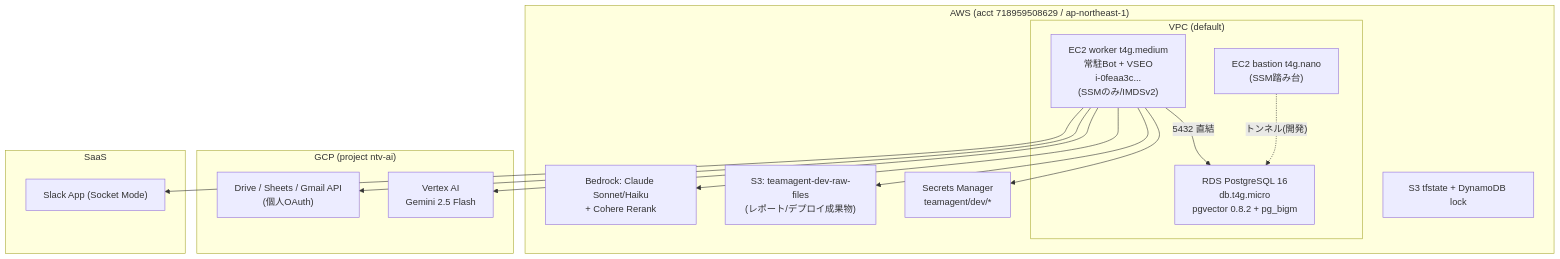
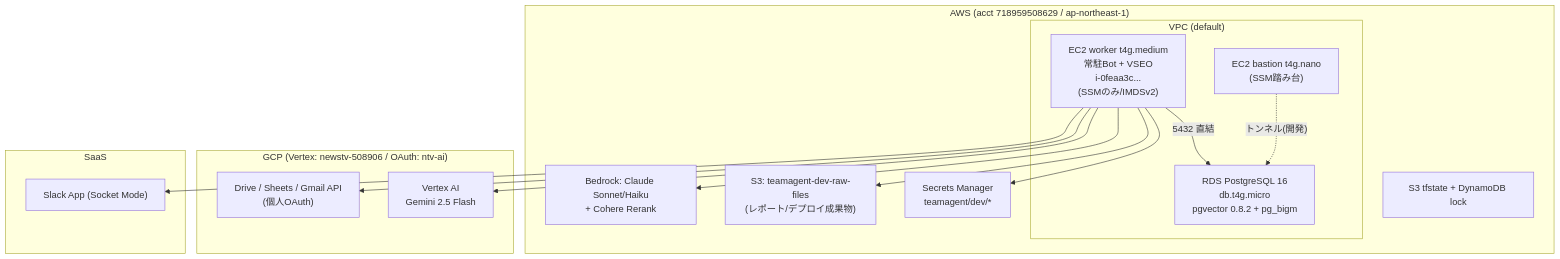
One commit to noirelumiere00/TeamAgent changed the fifth of 7 diagrams in docs/v3.2/architecture_and_flows.md. Above: the diagram before and after it, drawn with Mermaid. The commit also changed 3 other files, not shown here.

First line of the commit message:
chore(infra): Gemini の GCP プロジェクト既定値を個人課金の ntv-ai から会社の newstv-508906 へ

````diff
--- a/docs/v3.2/architecture_and_flows.md
+++ b/docs/v3.2/architecture_and_flows.md
@@ -140,25 +140,25 @@
 ```mermaid
 flowchart TB
     subgraph AWS["AWS (acct 718959508629 / ap-northeast-1)"]
         subgraph vpc["VPC (default)"]
             worker["EC2 worker t4g.medium<br/>常駐Bot + VSEO<br/>i-0feaa3c...<br/>(SSMのみ/IMDSv2)"]
             bastion["EC2 bastion t4g.nano<br/>(SSM踏み台)"]
             rds["RDS PostgreSQL 16<br/>db.t4g.micro<br/>pgvector 0.8.2 + pg_bigm"]
             worker -->|"5432 直結"| rds
             bastion -.->|"トンネル(開発)"| rds
         end
         sm["Secrets Manager<br/>teamagent/dev/*"]
         s3b["S3: teamagent-dev-raw-files<br/>(レポート/デプロイ成果物)"]
         br["Bedrock: Claude Sonnet/Haiku<br/>+ Cohere Rerank"]
         tf["S3 tfstate + DynamoDB lock"]
         worker --> sm & s3b & br
     end
-    subgraph GCP["GCP (project ntv-ai)"]
+    subgraph GCP["GCP (Vertex: newstv-508906 / OAuth: ntv-ai)"]
         vx["Vertex AI<br/>Gemini 2.5 Flash"]
         gapi["Drive / Sheets / Gmail API<br/>(個人OAuth)"]
     end
     subgraph SaaS
         slk["Slack App (Socket Mode)"]
     end
     worker --> vx & gapi & slk
 ```
````
